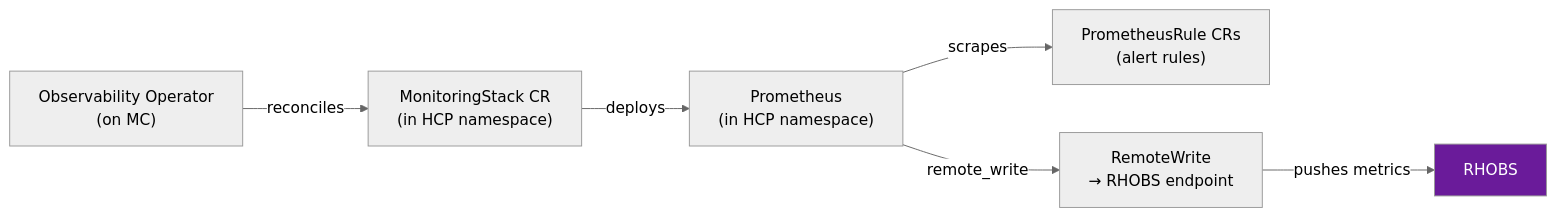
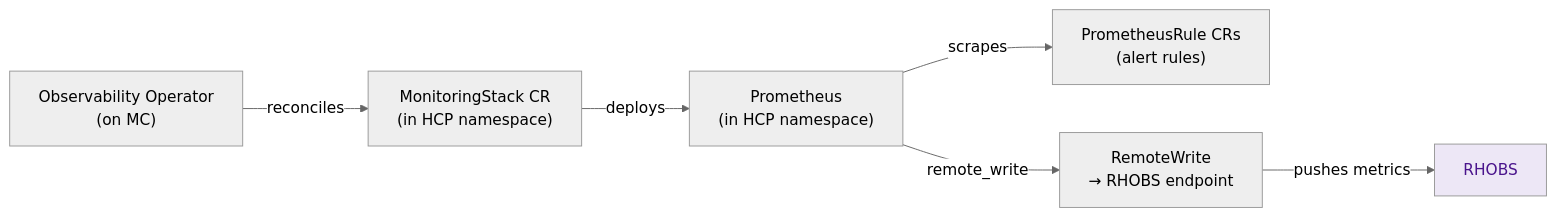
The second of 5 diagrams in docs/monitoring.md (mcipamo/hcp-study-guide), drawn with Mermaid (neutral theme) before and after one commit. The commit also changed other lines of this file and 61 other files, not shown here.

Commit message:
Fix diagram readability: light backgrounds + dark text; fix logo

````diff
--- a/docs/monitoring.md
+++ b/docs/monitoring.md
@@ -84,16 +84,16 @@
 ```mermaid
 graph LR
     OBO["Observability Operator\n(on MC)"]
     MS["MonitoringStack CR\n(in HCP namespace)"]
     PROM["Prometheus\n(in HCP namespace)"]
     RULE["PrometheusRule CRs\n(alert rules)"]
     SEND["RemoteWrite\n→ RHOBS endpoint"]
 
     OBO -->|"reconciles"| MS
     MS -->|"deploys"| PROM
     PROM -->|"scrapes"| RULE
     PROM -->|"remote_write"| SEND
     SEND -->|"pushes metrics"| RHOBS["RHOBS"]
 
-    style RHOBS fill:#6a1b9a,color:#fff
+    style RHOBS fill:#ede7f6,color:#4a148c
 ```
````
